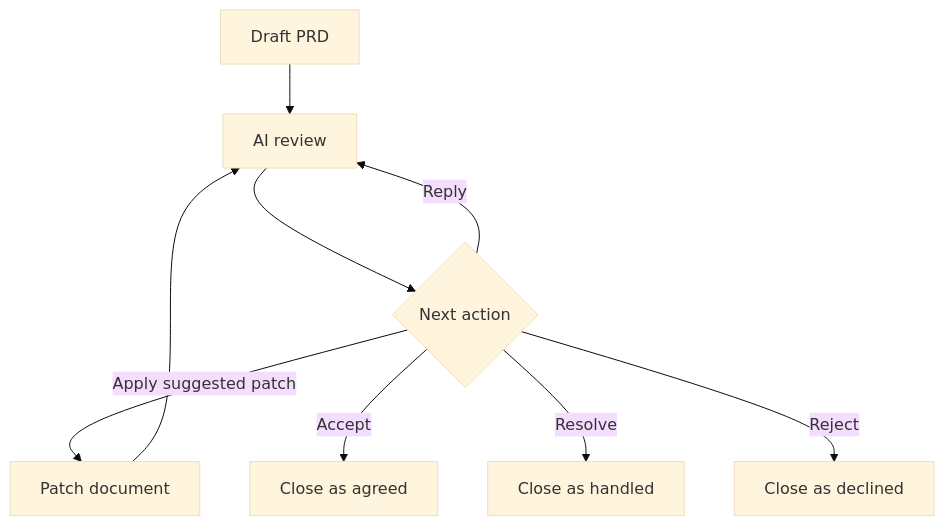
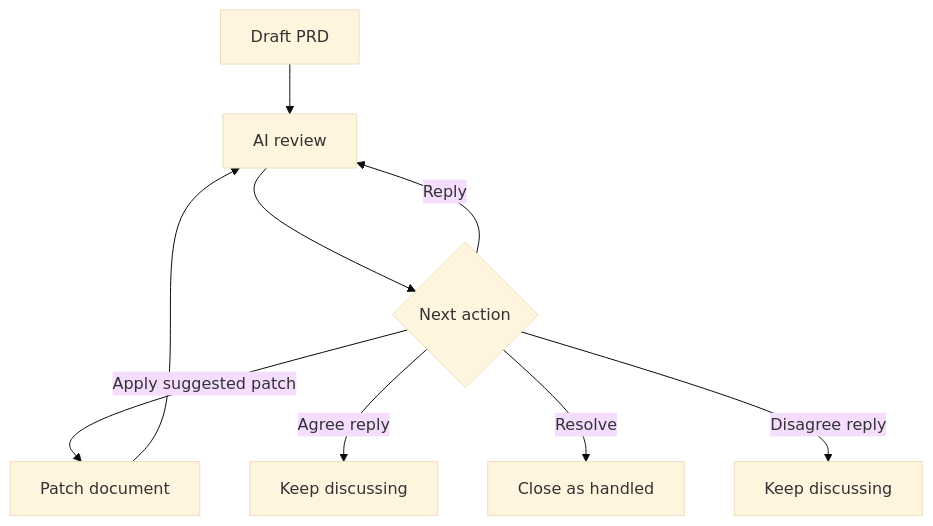
Before and after one commit to uptown/ai-markdown-review-loop: the diagram in docs/mermaid-sample.md, drawn with Mermaid (base theme). The commit also changed 11 other files, not shown here.

````diff
--- a/docs/mermaid-sample.md
+++ b/docs/mermaid-sample.md
@@ -5,11 +5,11 @@
 ```mermaid
 flowchart TD
   A[Draft PRD] --> B[AI review]
   B --> C{Next action}
   C -->|Apply suggested patch| D[Patch document]
   D --> B
-  C -->|Accept| E[Close as agreed]
+  C -->|Agree reply| E[Keep discussing]
   C -->|Resolve| F[Close as handled]
-  C -->|Reject| G[Close as declined]
+  C -->|Disagree reply| G[Keep discussing]
   C -->|Reply| B
 ```
````
